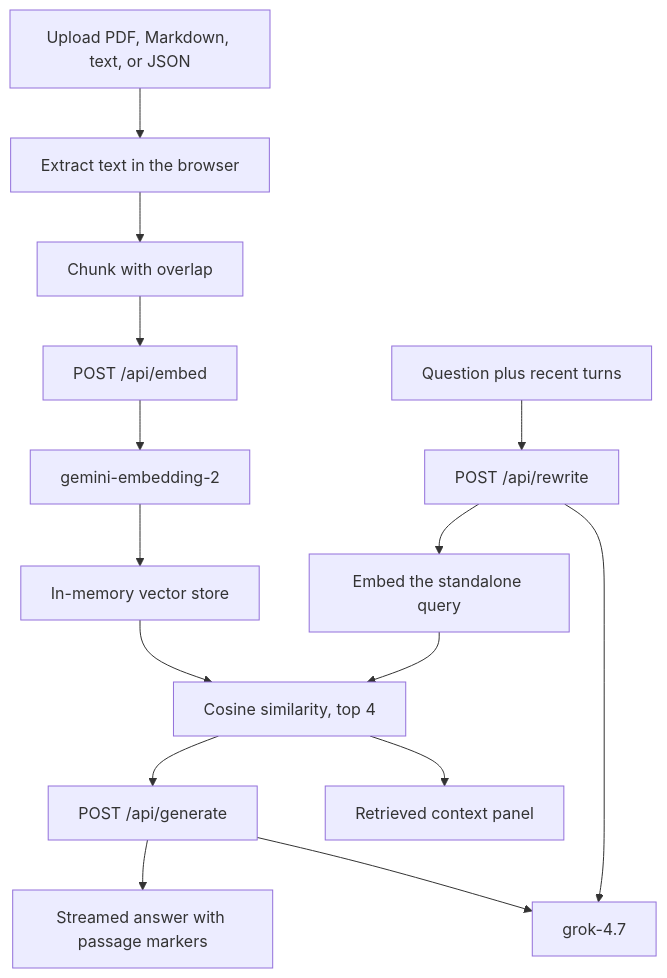
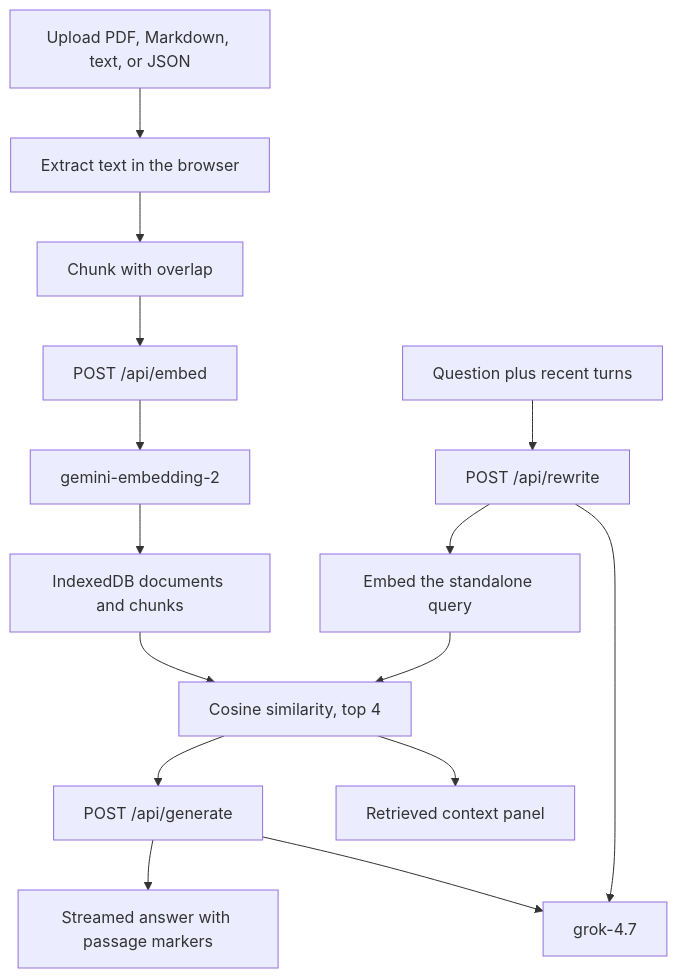
The diagram in README.md (kfairy9999/Retrieval-Augmented-Generation), drawn with Mermaid before and after one commit. The commit also changed other lines of this file and 12 other files, not shown here.

````diff
--- a/README.md
+++ b/README.md
@@ -39,18 +39,18 @@
 ```mermaid
 flowchart TD
   upload["Upload PDF, Markdown, text, or JSON"] --> extract["Extract text in the browser"]
   extract --> chunk["Chunk with overlap"]
   chunk --> embed["POST /api/embed"]
   embed --> vectors["gemini-embedding-2"]
-  vectors --> store["In-memory vector store"]
+  vectors --> store["IndexedDB documents and chunks"]
 
   question["Question plus recent turns"] --> rewrite["POST /api/rewrite"]
   rewrite --> chat["grok-4.7"]
   rewrite --> queryEmbed["Embed the standalone query"]
   queryEmbed --> rank["Cosine similarity, top 4"]
   store --> rank
   rank --> panel["Retrieved context panel"]
   rank --> generate["POST /api/generate"]
   generate --> chat
   generate --> answer["Streamed answer with passage markers"]
 ```
````
